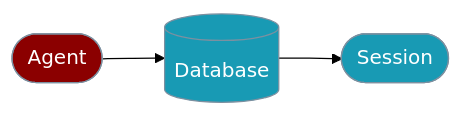
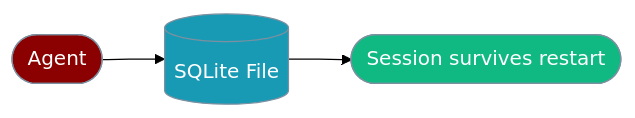
One commit to MervinPraison/PraisonAIDocs changed the first of 2 diagrams in docs/js/database.mdx. Above: the diagram before and after it, drawn with Mermaid (forest theme). The commit also changed other lines of this file and 4 other files, not shown here.

First line of the commit message:
docs(ts): document real sqlite: persistence and RealtimeAgent WebSocket (fixes #3979)

````diff
--- a/docs/js/database.mdx
+++ b/docs/js/database.mdx
@@ -9,14 +10,13 @@
 ```mermaid
 graph LR
-    Agent([Agent]) --> DB[(Database)]
-    DB --> Session([Session])
+    Agent([Agent]) --> DB[(SQLite File)]
+    DB --> Session([Session survives restart])
 
     classDef agent fill:#8B0000,stroke:#7C90A0,color:#fff
     classDef tool fill:#189AB4,stroke:#7C90A0,color:#fff
+    classDef ok fill:#10B981,stroke:#7C90A0,color:#fff
 
     class Agent agent
-    class DB,Session tool
-    classDef agent fill:#8B0000,color:#fff
-    classDef tool fill:#189AB4,color:#fff
-
+    class DB tool
+    class Session ok
 ```
````
